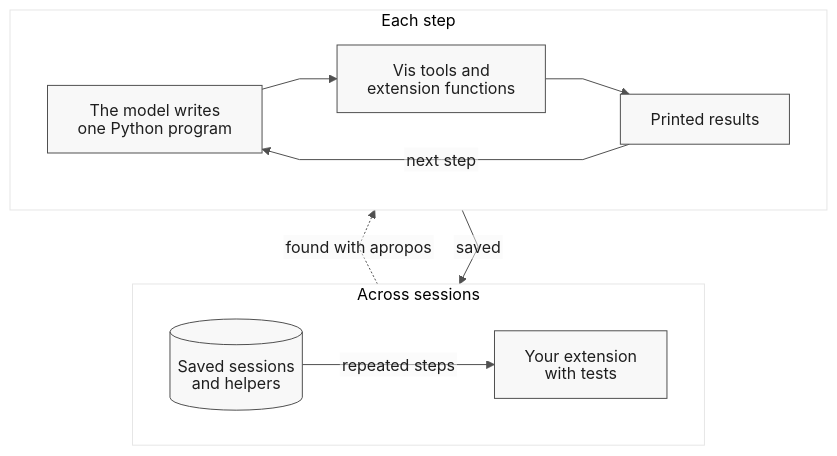
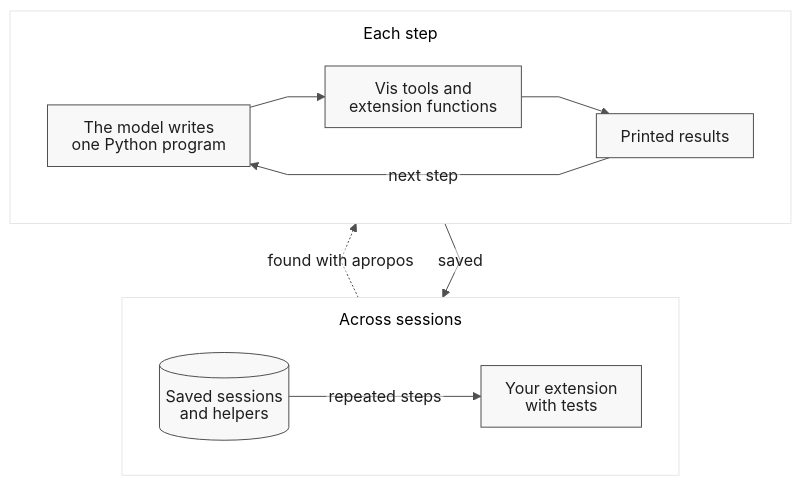
The diagram in resources/vis-docs/assets/diagrams/execution-model.mmd (Blockether/vis), drawn with Mermaid before and after one commit. The commit also changed 1 other file, not shown here.

Commit message:
docs(diagrams): give execution model labels a solid background
Add a margin above the group titles. Give the arrow labels an opaque
white background, so the lines do not cross the text.

Vis-Session: c588580a-2fd5-4251-a36e-5fa1c10214f3

```diff
--- a/resources/vis-docs/assets/diagrams/execution-model.mmd
+++ b/resources/vis-docs/assets/diagrams/execution-model.mmd
@@ -1,42 +1,48 @@
 ---
 config:
   theme: base
   fontFamily: JetBrains Mono
   deterministicIds: true
   htmlLabels: false
   themeVariables:
     background: "#ffffff"
     primaryColor: "#f8f8f8"
     primaryTextColor: "#1e1e1e"
     primaryBorderColor: "#505050"
     secondaryColor: "#f8f8f8"
     tertiaryColor: "#ffffff"
     lineColor: "#505050"
     textColor: "#1e1e1e"
     actorTextColor: "#1e1e1e"
     actorBorder: "#505050"
     actorBkg: "#f8f8f8"
     signalColor: "#505050"
     signalTextColor: "#1e1e1e"
     noteBkgColor: "#f8f8f8"
     noteTextColor: "#1e1e1e"
     noteBorderColor: "#505050"
+    edgeLabelBackground: "#ffffff"
+  themeCSS: ".edgeLabel rect, .labelBkg { opacity: 1; fill: #ffffff; } .edgeLabel text { paint-order: stroke; }"
   flowchart:
     htmlLabels: false
     curve: linear
+    padding: 12
+    subGraphTitleMargin:
+      top: 12
+      bottom: 8
 ---
 flowchart BT
     accTitle: How Vis runs a task and turns repeated work into tools
     accDescr: In each step, the model writes one Python program. The program calls Vis tools and extension functions and prints the results for the next step. Vis saves the sessions and the helpers. You can turn repeated steps into an extension with tests, and the model finds its functions with apropos.
     subgraph each["Each step"]
         direction LR
         step["The model writes<br/>one Python program"] --> tools["Vis tools and<br/>extension functions"]
         tools --> results["Printed results"]
         results -- "next step" --> step
     end
     subgraph across["Across sessions"]
         direction LR
         saved[("Saved sessions<br/>and helpers")] -- "repeated steps" --> ext["Your extension<br/>with tests"]
     end
     each -- "saved" --> across
     across -. "found with apropos" .-> each
```
